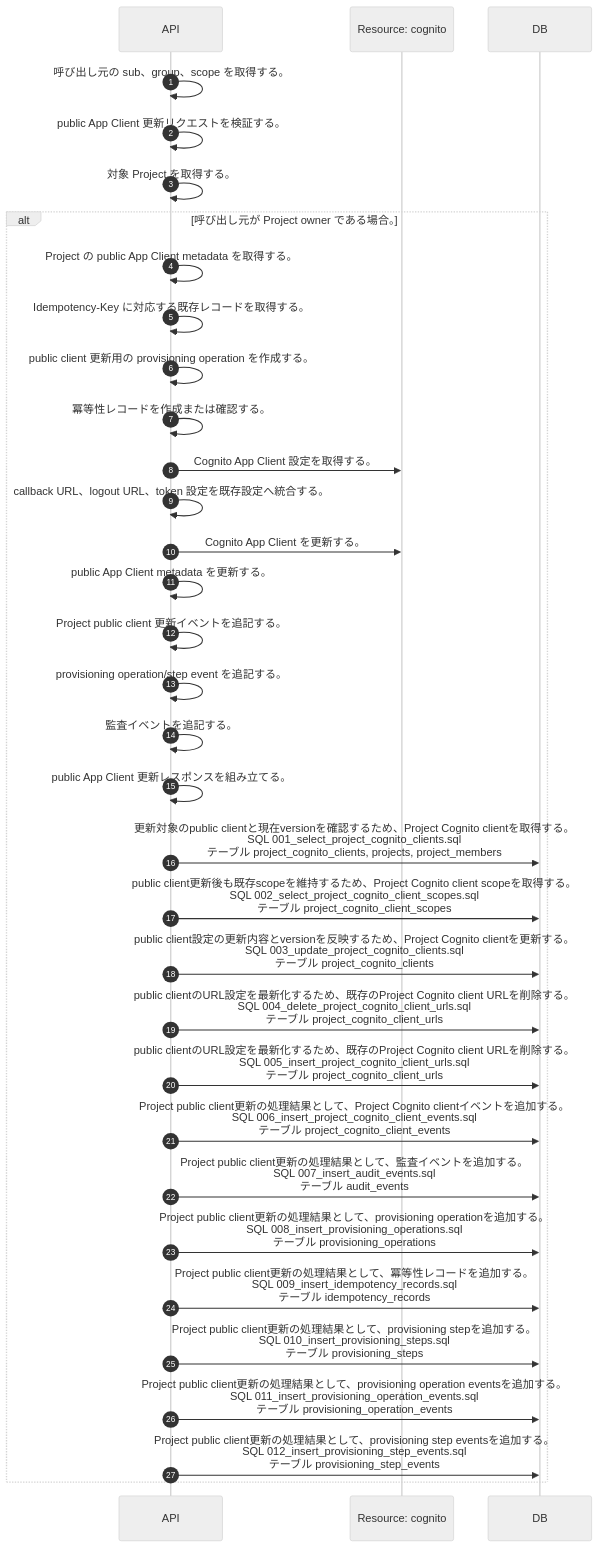
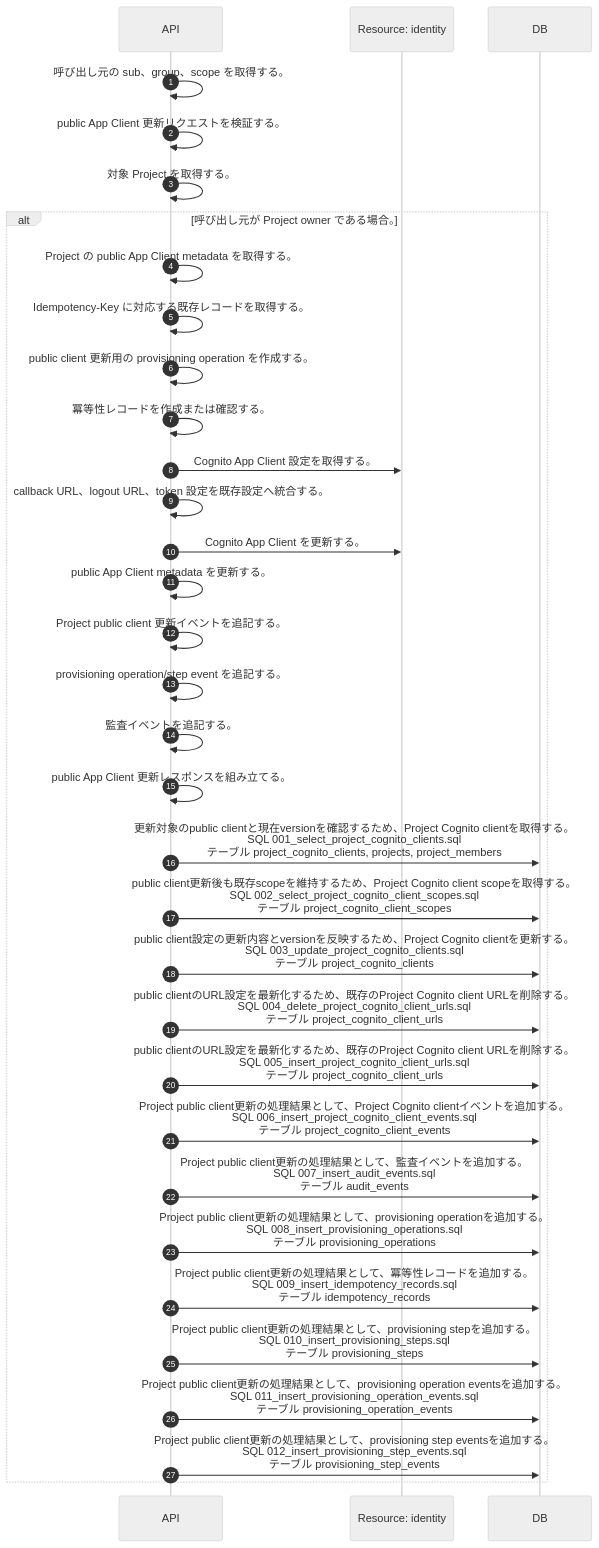
The diagram in docs/spec/40.apis/projects/update_project_public_client/sequence_gen.md (tsuji-tomonori/lazunex), drawn with Mermaid (neutral theme) before and after one commit. The commit also changed 39 other files, not shown here.

````diff
--- a/docs/spec/40.apis/projects/update_project_public_client/sequence_gen.md
+++ b/docs/spec/40.apis/projects/update_project_public_client/sequence_gen.md
@@ -5,36 +5,36 @@
 ```mermaid
 sequenceDiagram
   autonumber
   participant API as API
-  participant R_cognito as Resource: cognito
+  participant R_identity as Resource: identity
   participant DB as DB
   API->>API: 呼び出し元の sub、group、scope を取得する。
   API->>API: public App Client 更新リクエストを検証する。
   API->>API: 対象 Project を取得する。
   alt 呼び出し元が Project owner である場合。
     API->>API: Project の public App Client metadata を取得する。
     API->>API: Idempotency-Key に対応する既存レコードを取得する。
     API->>API: public client 更新用の provisioning operation を作成する。
     API->>API: 冪等性レコードを作成または確認する。
-    API->>R_cognito: Cognito App Client 設定を取得する。
+    API->>R_identity: Cognito App Client 設定を取得する。
     API->>API: callback URL、logout URL、token 設定を既存設定へ統合する。
-    API->>R_cognito: Cognito App Client を更新する。
+    API->>R_identity: Cognito App Client を更新する。
     API->>API: public App Client metadata を更新する。
     API->>API: Project public client 更新イベントを追記する。
     API->>API: provisioning operation/step event を追記する。
     API->>API: 監査イベントを追記する。
     API->>API: public App Client 更新レスポンスを組み立てる。
     API->>DB: 更新対象のpublic clientと現在versionを確認するため、Project Cognito clientを取得する。<br/>SQL 001_select_project_cognito_clients.sql<br/>テーブル project_cognito_clients, projects, project_members
     API->>DB: public client更新後も既存scopeを維持するため、Project Cognito client scopeを取得する。<br/>SQL 002_select_project_cognito_client_scopes.sql<br/>テーブル project_cognito_client_scopes
     API->>DB: public client設定の更新内容とversionを反映するため、Project Cognito clientを更新する。<br/>SQL 003_update_project_cognito_clients.sql<br/>テーブル project_cognito_clients
     API->>DB: public clientのURL設定を最新化するため、既存のProject Cognito client URLを削除する。<br/>SQL 004_delete_project_cognito_client_urls.sql<br/>テーブル project_cognito_client_urls
     API->>DB: public clientのURL設定を最新化するため、既存のProject Cognito client URLを削除する。<br/>SQL 005_insert_project_cognito_client_urls.sql<br/>テーブル project_cognito_client_urls
     API->>DB: Project public client更新の処理結果として、Project Cognito clientイベントを追加する。<br/>SQL 006_insert_project_cognito_client_events.sql<br/>テーブル project_cognito_client_events
     API->>DB: Project public client更新の処理結果として、監査イベントを追加する。<br/>SQL 007_insert_audit_events.sql<br/>テーブル audit_events
     API->>DB: Project public client更新の処理結果として、provisioning operationを追加する。<br/>SQL 008_insert_provisioning_operations.sql<br/>テーブル provisioning_operations
     API->>DB: Project public client更新の処理結果として、冪等性レコードを追加する。<br/>SQL 009_insert_idempotency_records.sql<br/>テーブル idempotency_records
     API->>DB: Project public client更新の処理結果として、provisioning stepを追加する。<br/>SQL 010_insert_provisioning_steps.sql<br/>テーブル provisioning_steps
     API->>DB: Project public client更新の処理結果として、provisioning operation eventsを追加する。<br/>SQL 011_insert_provisioning_operation_events.sql<br/>テーブル provisioning_operation_events
     API->>DB: Project public client更新の処理結果として、provisioning step eventsを追加する。<br/>SQL 012_insert_provisioning_step_events.sql<br/>テーブル provisioning_step_events
   end
 ```
````
